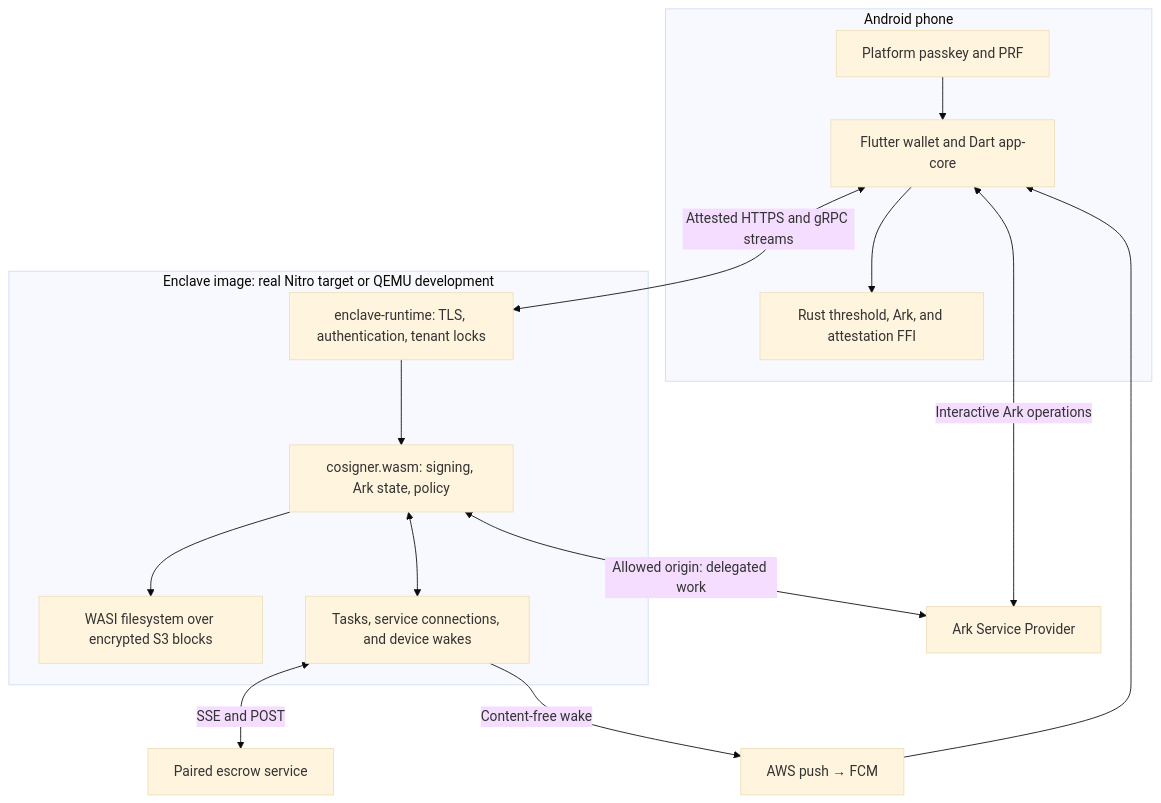
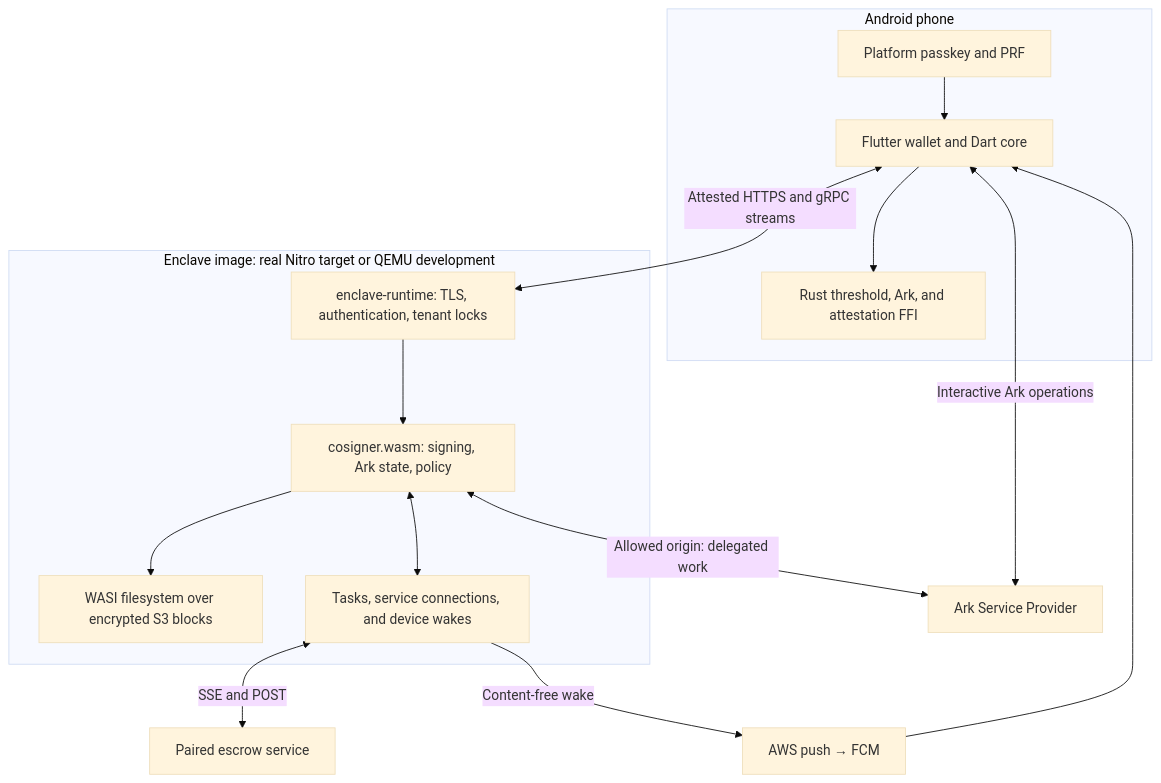
The diagram in README.md (vtxos/wallet), drawn with Mermaid (base theme) before and after one commit. The commit also changed other lines of this file and 163 other files, not shown here.

First line of the commit message:
refactor: rename app-core to core

````diff
--- a/README.md
+++ b/README.md
@@ -45,25 +45,25 @@
 ```mermaid
 flowchart TB
     subgraph Phone[Android phone]
-        App[Flutter wallet and Dart app-core]
+        App[Flutter wallet and Dart core]
         Passkey[Platform passkey and PRF]
         FFI[Rust threshold, Ark, and attestation FFI]
         Passkey --> App
         App --> FFI
     end
     subgraph Enclave[Enclave image: real Nitro target or QEMU development]
         Runtime[enclave-runtime: TLS, authentication, tenant locks]
         Guest[cosigner.wasm: signing, Ark state, policy]
         Storage[WASI filesystem over encrypted S3 blocks]
         Workers[Tasks, service connections, and device wakes]
         Runtime --> Guest
         Guest --> Storage
         Guest <--> Workers
     end
     App <-->|Attested HTTPS and gRPC streams| Runtime
     App <-->|Interactive Ark operations| ASP[Ark Service Provider]
     Guest <-->|Allowed origin: delegated work| ASP
     Workers <-->|SSE and POST| Service[Paired escrow service]
     Workers -->|Content-free wake| Push[AWS push → FCM]
     Push --> App
 ```
````
